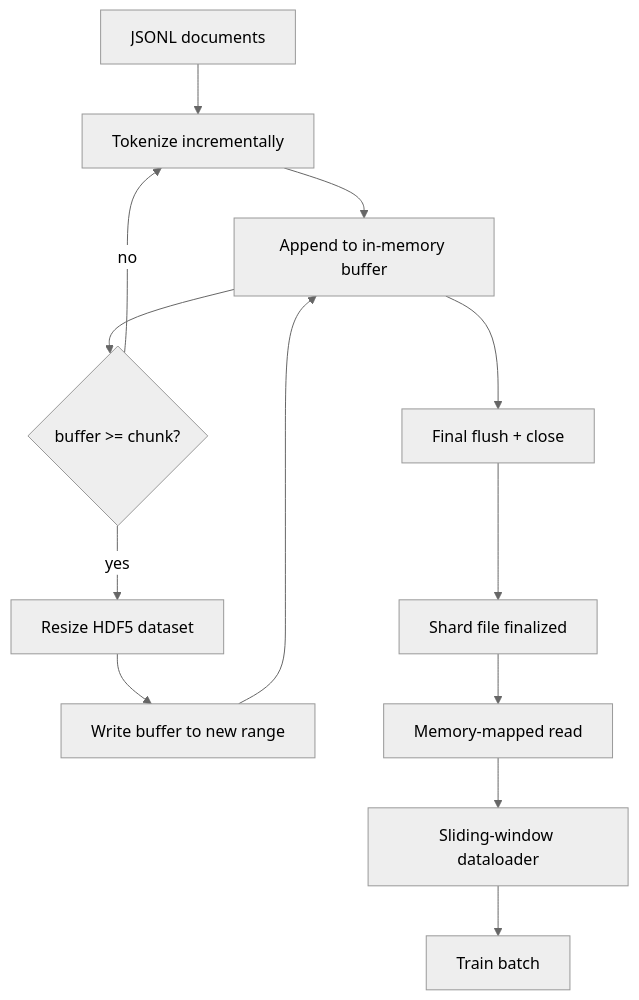
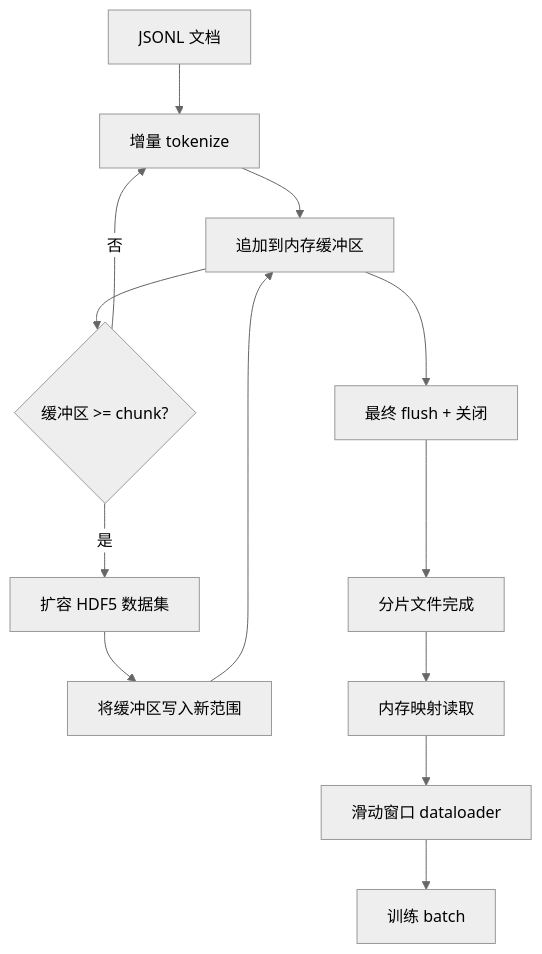
The diagram in phases/19-capstone-projects/43-hdf5-tokenized-corpus/docs/zh.md (alessandrodinisio-ai/ai-engineering-learning-framework), drawn with Mermaid (neutral theme) before and after one commit. The commit also changed 120 other files, not shown here.

First line of the commit message:
i18n(mermaid): 337 个 mermaid 图表标签中文化

````diff
--- a/phases/19-capstone-projects/43-hdf5-tokenized-corpus/docs/zh.md
+++ b/phases/19-capstone-projects/43-hdf5-tokenized-corpus/docs/zh.md
@@ -27,15 +27,15 @@
 ```mermaid
 flowchart TD
-  JSONL[JSONL documents] --> Tokenize[Tokenize incrementally]
-  Tokenize --> Buffer[Append to in-memory buffer]
-  Buffer --> Flush{buffer >= chunk?}
-  Flush -- no --> Tokenize
-  Flush -- yes --> Resize[Resize HDF5 dataset]
-  Resize --> Write[Write buffer to new range]
+  JSONL[JSONL 文档] --> Tokenize[增量 tokenize]
+  Tokenize --> Buffer[追加到内存缓冲区]
+  Buffer --> Flush{缓冲区 >= chunk?}
+  Flush -- 否 --> Tokenize
+  Flush -- 是 --> Resize[扩容 HDF5 数据集]
+  Resize --> Write[将缓冲区写入新范围]
   Write --> Buffer
-  Buffer --> Close[Final flush + close]
-  Close --> ShardDone[Shard file finalized]
-  ShardDone --> MMapRead[Memory-mapped read]
-  MMapRead --> Window[Sliding-window dataloader]
-  Window --> Train[Train batch]
+  Buffer --> Close[最终 flush + 关闭]
+  Close --> ShardDone[分片文件完成]
+  ShardDone --> MMapRead[内存映射读取]
+  MMapRead --> Window[滑动窗口 dataloader]
+  Window --> Train[训练 batch]
 ```
````
